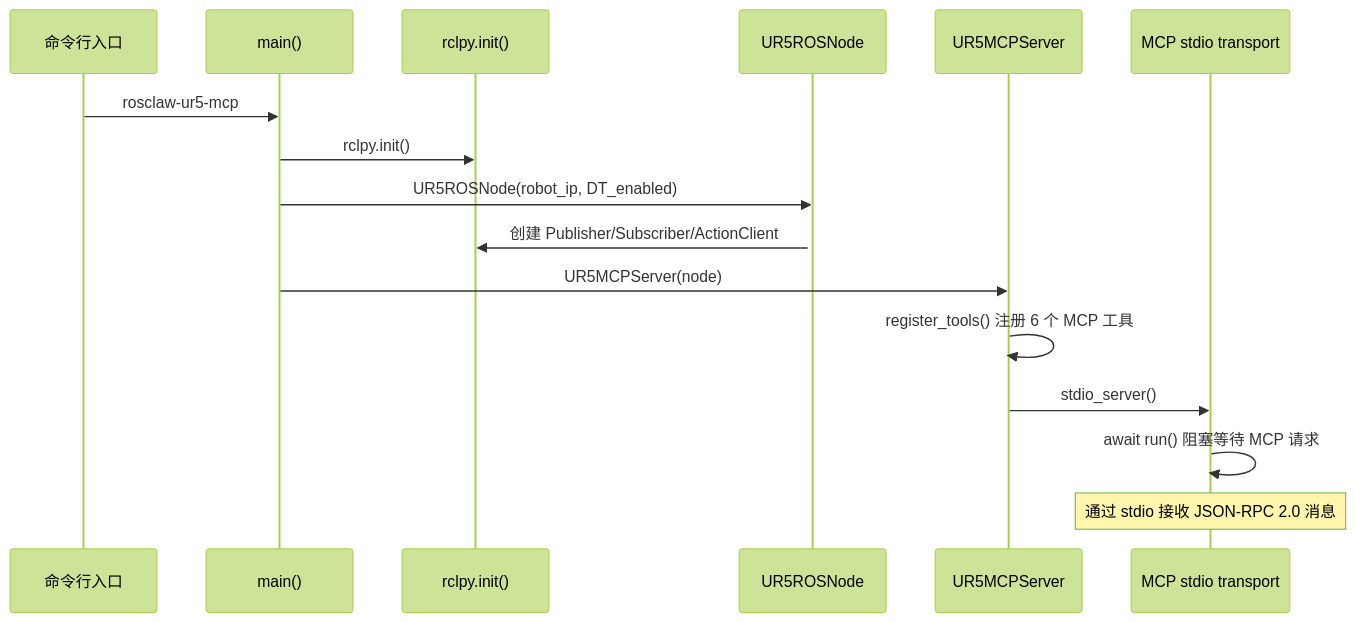
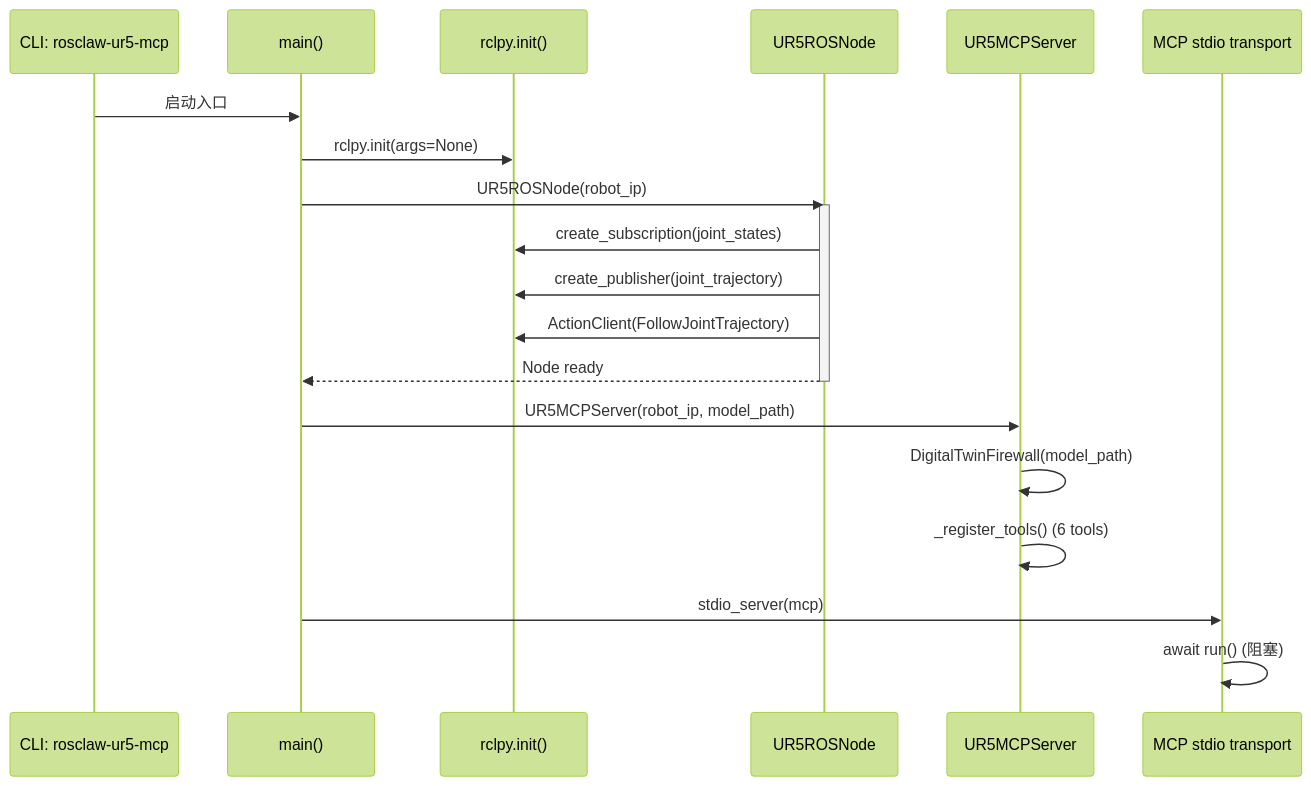
Before and after one commit to yongqingzs/legged_docs: diagram 12 of 17 in robot-agents/rosclaw/ANALYSIS.md, drawn with Mermaid (forest theme). The commit also changed other lines of this file and 2 other files, not shown here.

Commit message:
feat: update robot-agents.

````diff
--- a/robot-agents/rosclaw/ANALYSIS.md
+++ b/robot-agents/rosclaw/ANALYSIS.md
@@ -519,20 +553,25 @@
 ```mermaid
 sequenceDiagram
-    participant CLI as 命令行入口
+    participant CLI as CLI: rosclaw-ur5-mcp
     participant MAIN as main()
-    participant ROS as rclpy.init()
+    participant RCL as rclpy.init()
     participant NODE as UR5ROSNode
     participant MCPS as UR5MCPServer
     participant STDIO as MCP stdio transport
 
-    CLI->>MAIN: rosclaw-ur5-mcp
-    MAIN->>ROS: rclpy.init()
-    MAIN->>NODE: UR5ROSNode(robot_ip, DT_enabled)
+    CLI->>MAIN: 启动入口
+    MAIN->>RCL: rclpy.init(args=None)
+    MAIN->>NODE: UR5ROSNode(robot_ip)
     activate NODE
-    NODE->>ROS: 创建 Publisher/Subscriber/ActionClient
-    MAIN->>MCPS: UR5MCPServer(node)
-    MCPS->>MCPS: register_tools() 注册 6 个 MCP 工具
-    MCPS->>STDIO: stdio_server()
-    STDIO->>STDIO: await run() 阻塞等待 MCP 请求
-    Note over STDIO: 通过 stdio 接收 JSON-RPC 2.0 消息
+    NODE->>RCL: create_subscription(joint_states)
+    NODE->>RCL: create_publisher(joint_trajectory)
+    NODE->>RCL: ActionClient(FollowJointTrajectory)
+    NODE-->>MAIN: Node ready
+    deactivate NODE
+
+    MAIN->>MCPS: UR5MCPServer(robot_ip, model_path)
+    MCPS->>MCPS: DigitalTwinFirewall(model_path)
+    MCPS->>MCPS: _register_tools() (6 tools)
+    MAIN->>STDIO: stdio_server(mcp)
+    STDIO->>STDIO: await run() (阻塞)
 ```
````
